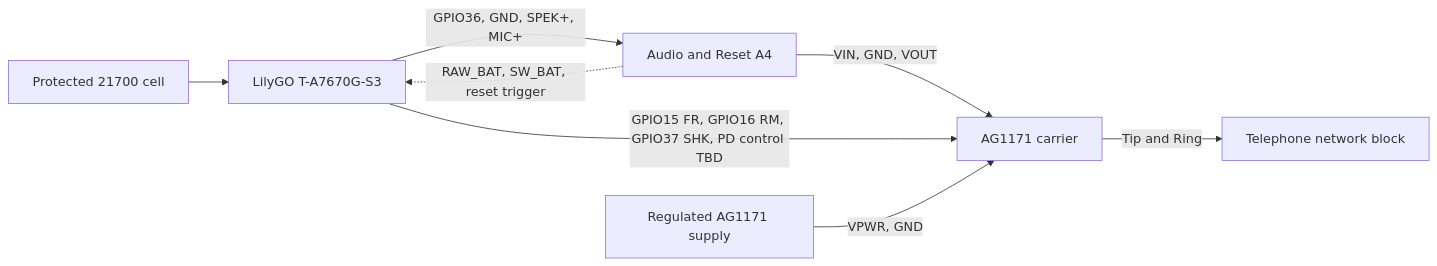
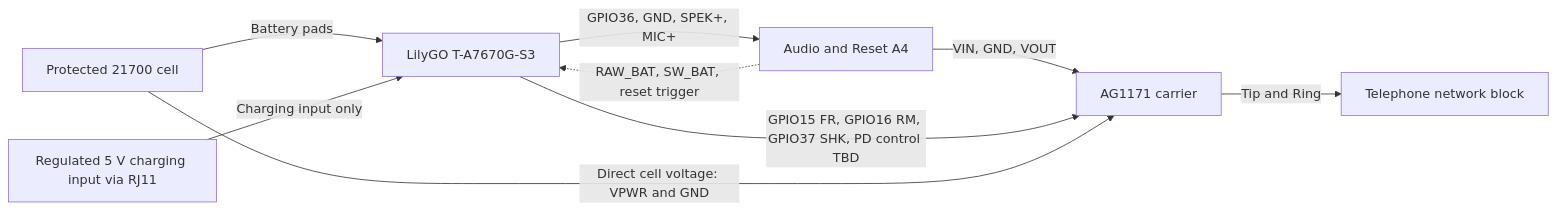
The diagram in docs/HARDWARE_WIRING.md (fregacmols/RotaryCell), drawn with Mermaid before and after one commit. The commit also changed other lines of this file and 5 other files, not shown here.

Commit message:
Correct AG1171 direct battery power path

````diff
--- a/docs/HARDWARE_WIRING.md
+++ b/docs/HARDWARE_WIRING.md
@@ -9,10 +9,11 @@
 ```mermaid
 flowchart LR
     L[LilyGO T-A7670G-S3] -->|GPIO36, GND, SPEK+, MIC+| A[Audio and Reset A4]
     A -->|VIN, GND, VOUT| C[AG1171 carrier]
     L -->|GPIO15 FR, GPIO16 RM, GPIO37 SHK, PD control TBD| C
-    P[Regulated AG1171 supply] -->|VPWR, GND| C
     C -->|Tip and Ring| N[Telephone network block]
-    B[Protected 21700 cell] --> L
+    B[Protected 21700 cell] -->|Battery pads| L
+    B -->|Direct cell voltage: VPWR and GND| C
+    CH[Regulated 5 V charging input via RJ11] -->|Charging input only| L
     A -.->|RAW_BAT, SW_BAT, reset trigger| L
 ```
````
